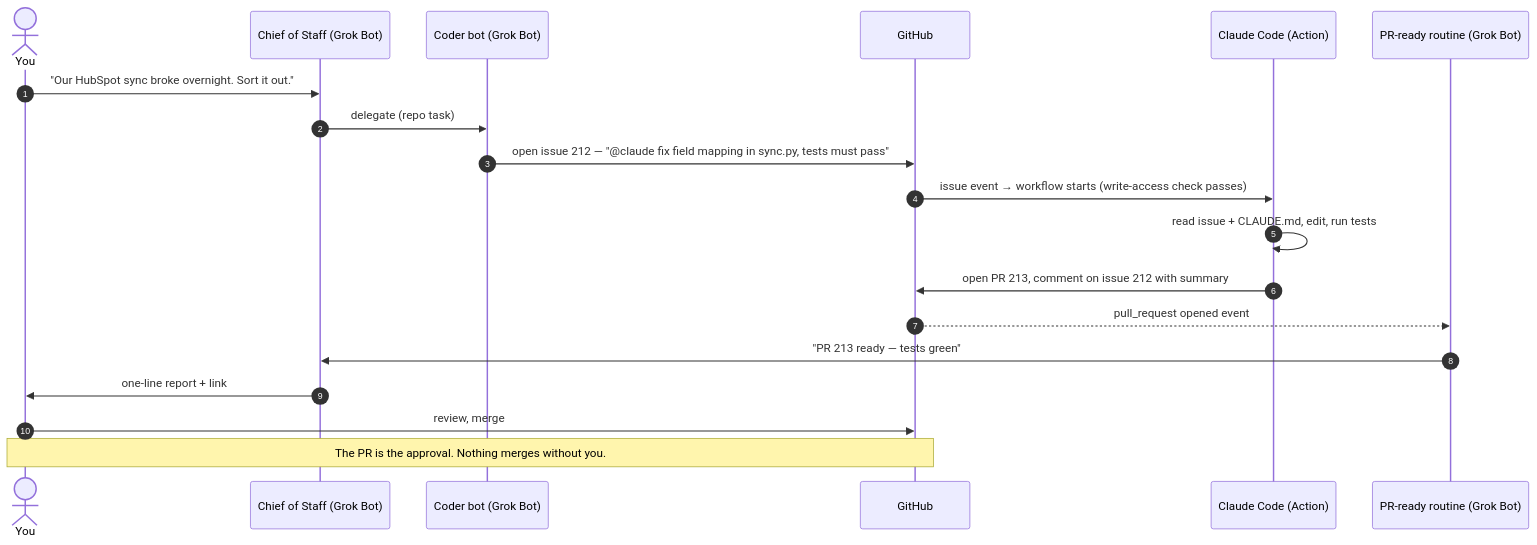
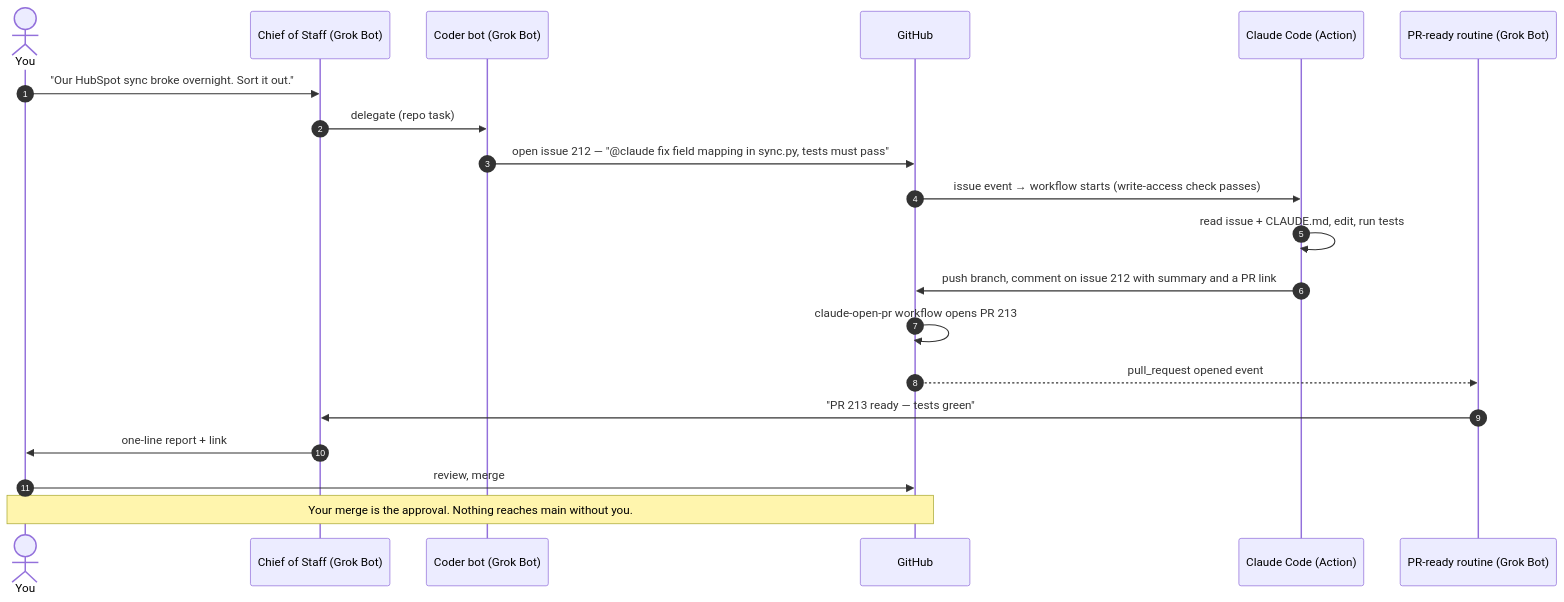
The second of 4 diagrams in docs/01-architecture.md (mathew-builds/Handoff), drawn with Mermaid before and after one commit. The commit also changed other lines of this file and 18 other files, not shown here.

````diff
--- a/docs/01-architecture.md
+++ b/docs/01-architecture.md
@@ -62,22 +65,23 @@
 ```mermaid
 sequenceDiagram
     autonumber
     actor You
     participant CoS as Chief of Staff (Grok Bot)
     participant Coder as Coder bot (Grok Bot)
     participant GH as GitHub
     participant CC as Claude Code (Action)
     participant RT as PR-ready routine (Grok Bot)
 
     You->>CoS: "Our HubSpot sync broke overnight. Sort it out."
     CoS->>Coder: delegate (repo task)
     Coder->>GH: open issue 212 — "@claude fix field mapping in sync.py, tests must pass"
     GH->>CC: issue event → workflow starts (write-access check passes)
     CC->>CC: read issue + CLAUDE.md, edit, run tests
-    CC->>GH: open PR 213, comment on issue 212 with summary
+    CC->>GH: push branch, comment on issue 212 with summary and a PR link
+    GH->>GH: claude-open-pr workflow opens PR 213
     GH-->>RT: pull_request opened event
     RT->>CoS: "PR 213 ready — tests green"
     CoS->>You: one-line report + link
     You->>GH: review, merge
-    Note over You,GH: The PR is the approval. Nothing merges without you.
+    Note over You,GH: Your merge is the approval. Nothing reaches main without you.
 ```
````
